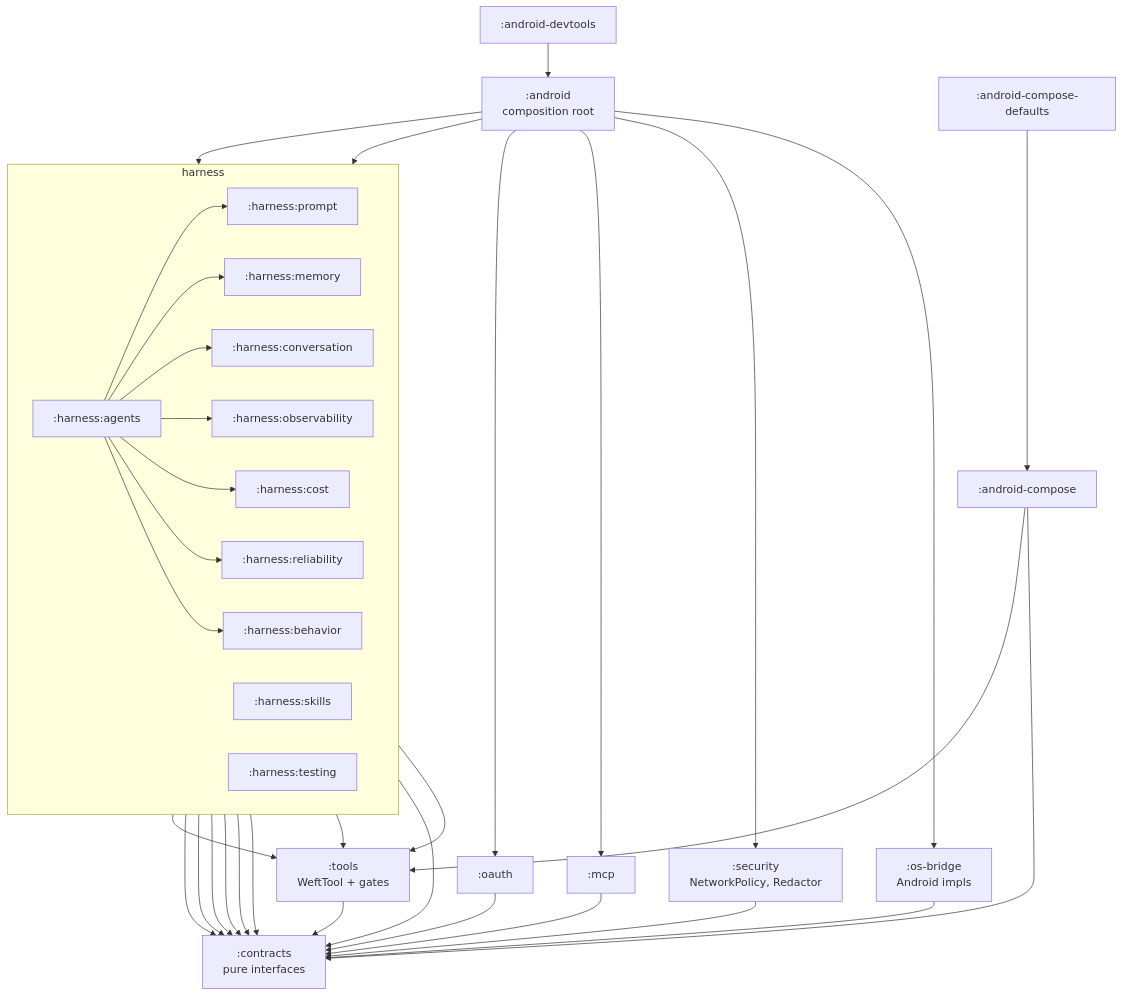
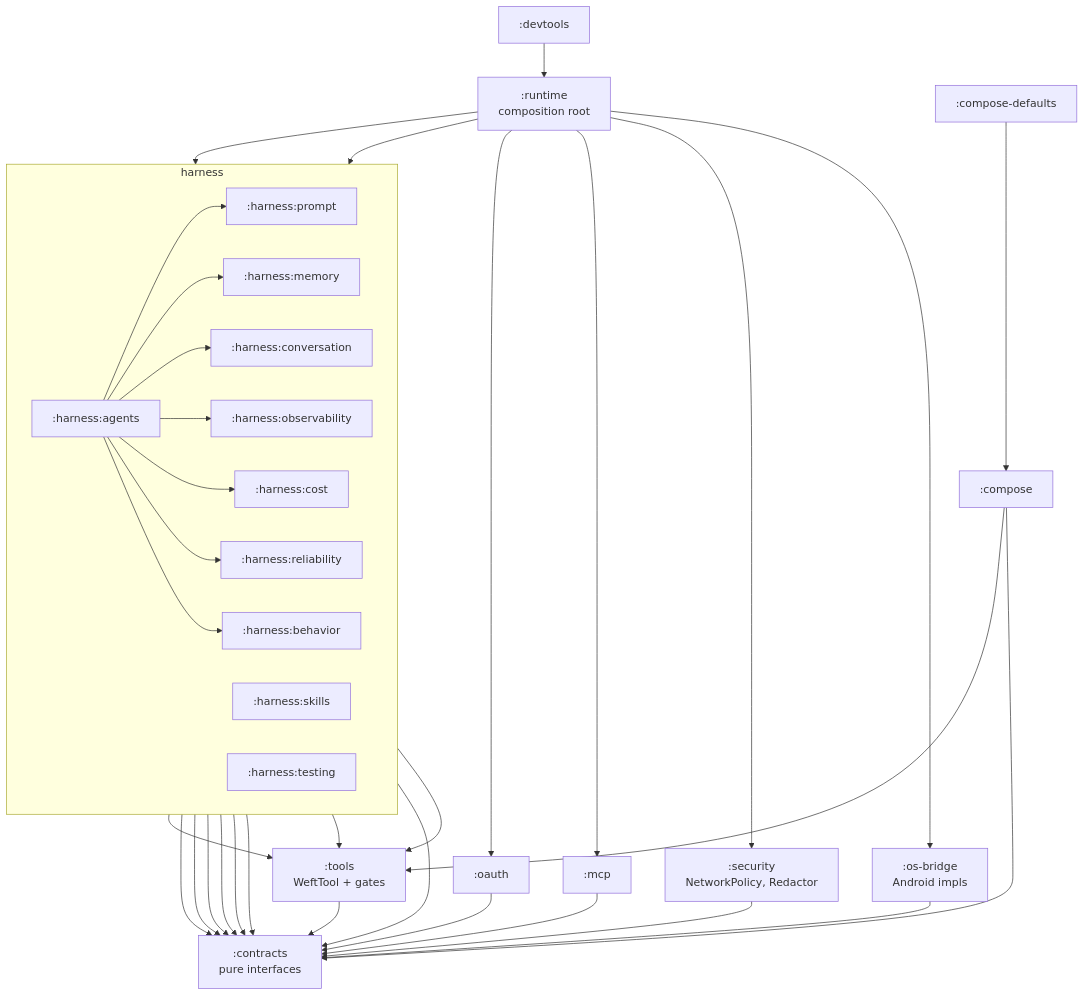
Before and after one commit to NguyenKhacPhuc/android-harness: the second of 10 diagrams in docs/architecture-diagrams.md, drawn with Mermaid. The commit also changed other lines of this file and 64 other files, not shown here.

````diff
--- a/docs/architecture-diagrams.md
+++ b/docs/architecture-diagrams.md
@@ -54,63 +54,63 @@
 ```mermaid
 flowchart TB
     contracts[":contracts<br/>pure interfaces"]
     tools[":tools<br/>WeftTool + gates"]
     security[":security<br/>NetworkPolicy, Redactor"]
     osbridge[":os-bridge<br/>Android impls"]
     mcp[":mcp"]
     oauth[":oauth"]
 
     subgraph harness["harness"]
         direction LR
         h_prompt[":harness:prompt"]
         h_memory[":harness:memory"]
         h_conv[":harness:conversation"]
         h_obs[":harness:observability"]
         h_cost[":harness:cost"]
         h_rel[":harness:reliability"]
         h_beh[":harness:behavior"]
         h_skills[":harness:skills"]
         h_agents[":harness:agents"]
         h_testing[":harness:testing"]
     end
 
-    android[":android<br/>composition root"]
-    a_compose[":android-compose"]
-    a_defaults[":android-compose-defaults"]
-    a_devtools[":android-devtools"]
+    runtime[":runtime<br/>composition root"]
+    compose[":compose"]
+    a_defaults[":compose-defaults"]
+    a_devtools[":devtools"]
 
     tools --> contracts
     security --> contracts
     osbridge --> contracts
     mcp --> contracts
     oauth --> contracts
 
     h_prompt --> tools
     h_prompt --> contracts
     h_memory --> tools
     h_conv --> contracts
     h_obs --> contracts
     h_cost --> contracts
     h_rel --> contracts
     h_beh --> contracts
     h_skills --> contracts
     h_agents --> h_prompt
     h_agents --> h_memory
     h_agents --> h_conv
     h_agents --> h_obs
     h_agents --> h_cost
     h_agents --> h_rel
     h_agents --> h_beh
     h_testing --> tools
 
-    android --> osbridge
-    android --> security
-    android --> h_agents
-    android --> h_skills
-    android --> mcp
-    android --> oauth
-    a_compose --> contracts
-    a_compose --> tools
-    a_defaults --> a_compose
-    a_devtools --> android
+    runtime --> osbridge
+    runtime --> security
+    runtime --> h_agents
+    runtime --> h_skills
+    runtime --> mcp
+    runtime --> oauth
+    compose --> contracts
+    compose --> tools
+    a_defaults --> compose
+    a_devtools --> runtime
 ```
````
